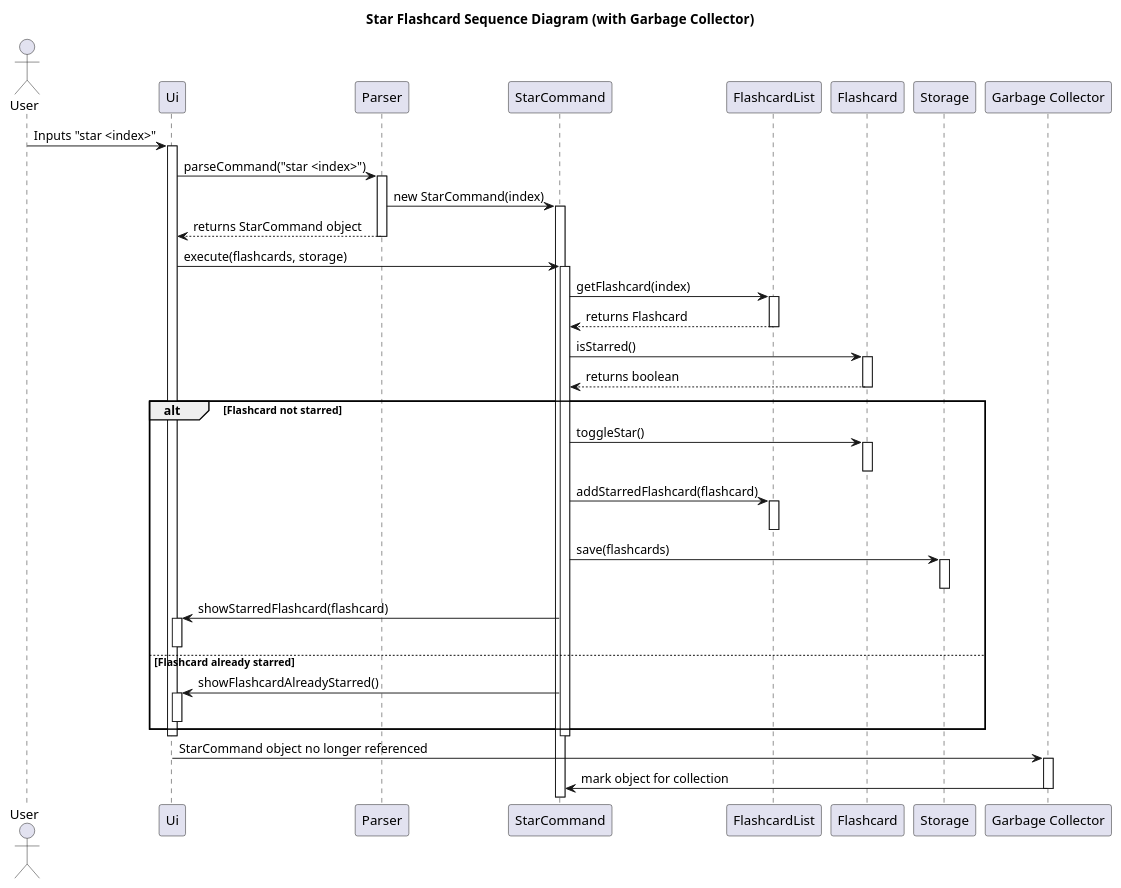
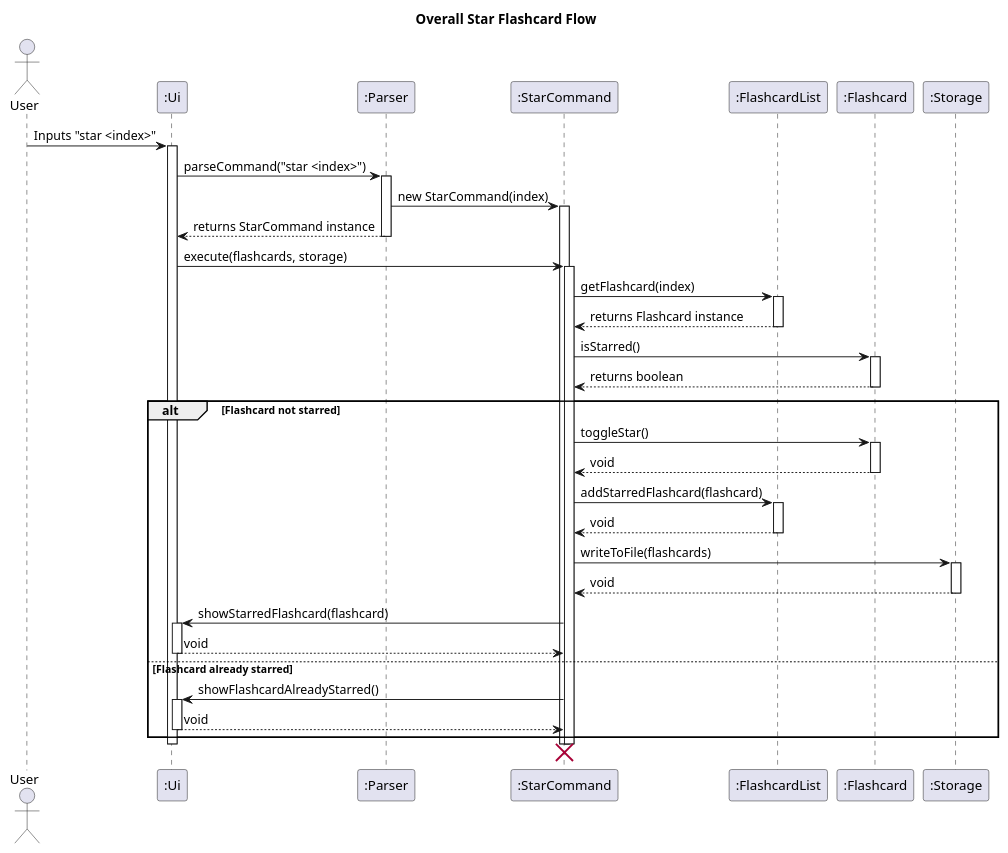
One commit to ashutoshalung/tp changed the diagram in docs/diagrams/StarFlashcardFeature_Overall.puml. Above: the diagram before and after it, drawn with PlantUML. The commit also changed 5 other files, not shown here.

Commit message:
Fix star flashcard feature

```diff
--- a/docs/diagrams/StarFlashcardFeature_Overall.puml
+++ b/docs/diagrams/StarFlashcardFeature_Overall.puml
@@ -1,68 +1,69 @@
 @startuml
-title Star Flashcard Sequence Diagram (with Garbage Collector)
+title Overall Star Flashcard Flow
 
 actor User
-participant Ui
-participant Parser
-participant StarCommand
-participant FlashcardList
-participant Flashcard
-participant Storage
-participant "Garbage Collector" as GC
+participant ":Ui" as ui
+participant ":Parser" as parser
+participant ":StarCommand" as starCommand
+participant ":FlashcardList" as flashcardList
+participant ":Flashcard" as flashcard
+participant ":Storage" as storage
 
-User -> Ui : Inputs "star <index>"
-activate Ui
+User -> ui : Inputs "star <index>"
+activate ui
 
-Ui -> Parser : parseCommand("star <index>")
-activate Parser
-Parser -> StarCommand : new StarCommand(index)
-activate StarCommand
-Parser --> Ui : returns StarCommand object
-deactivate Parser
+ui -> parser : parseCommand("star <index>")
+activate parser
+parser -> starCommand : new StarCommand(index)
+activate starCommand
+parser --> ui : returns StarCommand instance
+deactivate parser
 
-Ui -> StarCommand : execute(flashcards, storage)
-activate StarCommand
+ui -> starCommand : execute(flashcards, storage)
+activate starCommand
 
-StarCommand -> FlashcardList : getFlashcard(index)
-activate FlashcardList
-FlashcardList --> StarCommand : returns Flashcard
-deactivate FlashcardList
+starCommand -> flashcardList : getFlashcard(index)
+activate flashcardList
+flashcardList --> starCommand : returns Flashcard instance
+deactivate flashcardList
 
-StarCommand -> Flashcard : isStarred()
-activate Flashcard
-Flashcard --> StarCommand : returns boolean
-deactivate Flashcard
+starCommand -> flashcard : isStarred()
+activate flashcard
+flashcard --> starCommand : returns boolean
+deactivate flashcard
 
 alt Flashcard not starred
-    StarCommand -> Flashcard : toggleStar()
-    activate Flashcard
-    deactivate Flashcard
+    starCommand -> flashcard : toggleStar()
+    activate flashcard
+    flashcard --> starCommand : void
+    deactivate flashcard
 
-    StarCommand -> FlashcardList : addStarredFlashcard(flashcard)
-    activate FlashcardList
-    deactivate FlashcardList
+    starCommand -> flashcardList : addStarredFlashcard(flashcard)
+    activate flashcardList
+    flashcardList --> starCommand : void
+    deactivate flashcardList
 
-    StarCommand -> Storage : save(flashcards)
-    activate Storage
-    deactivate Storage
+    starCommand -> storage : writeToFile(flashcards)
+    activate storage
+    storage --> starCommand : void
+    deactivate storage
 
-    StarCommand -> Ui : showStarredFlashcard(flashcard)
-    activate Ui
-    deactivate Ui
+    starCommand -> ui : showStarredFlashcard(flashcard)
+    activate ui
+    ui --> starCommand : void
+    deactivate ui
 
 else Flashcard already starred
-    StarCommand -> Ui : showFlashcardAlreadyStarred()
-    activate Ui
-    deactivate Ui
+    starCommand -> ui : showFlashcardAlreadyStarred()
+    activate ui
+    ui --> starCommand : void
+    deactivate ui
 end
 
-deactivate StarCommand
-deactivate Ui
+deactivate starCommand
+deactivate ui
 
 ' --- Object cleanup phase ---
-Ui -> GC : StarCommand object no longer referenced
-activate GC
-GC -> StarCommand : mark object for collection
-deactivate GC
+destroy starCommand
 
 @enduml
```
